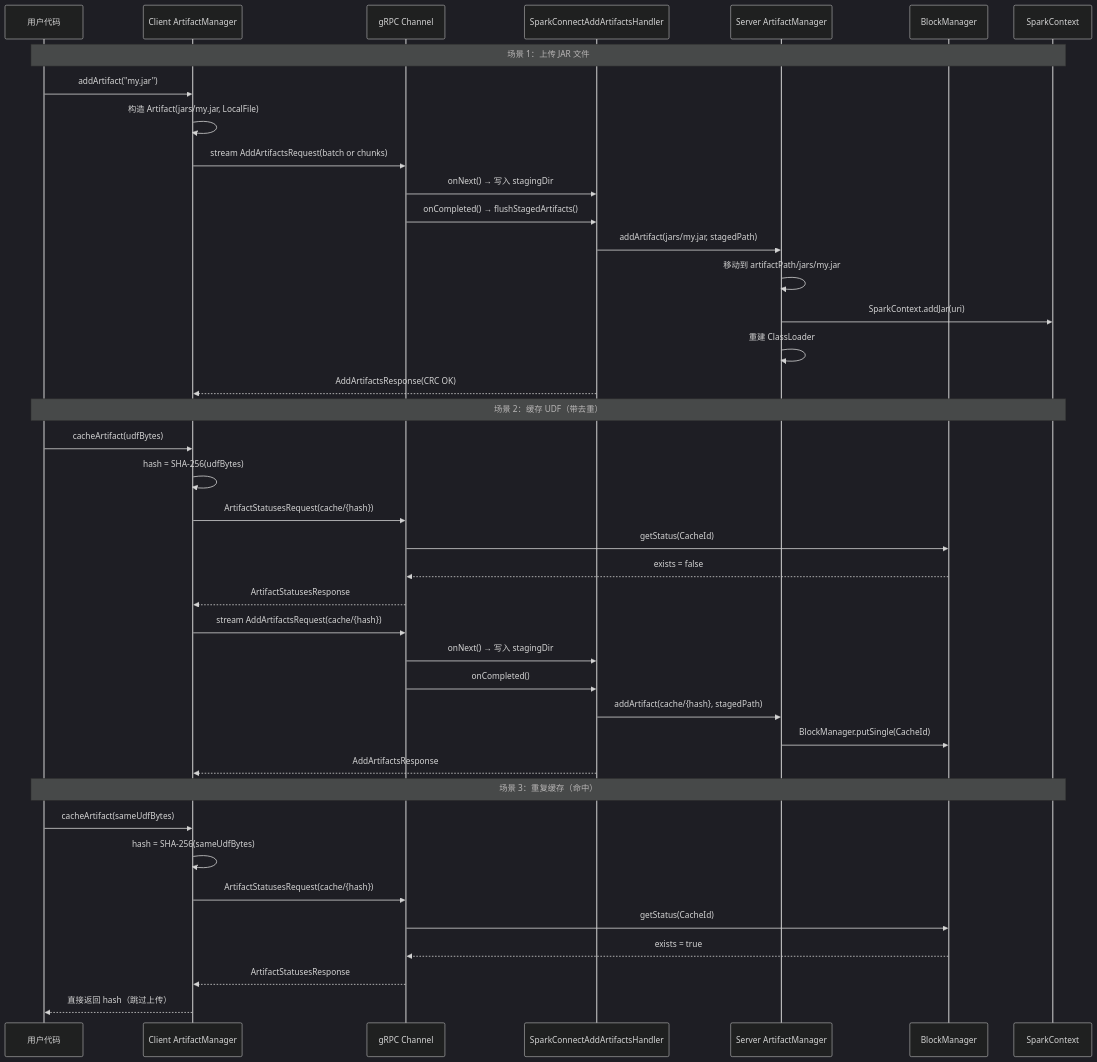
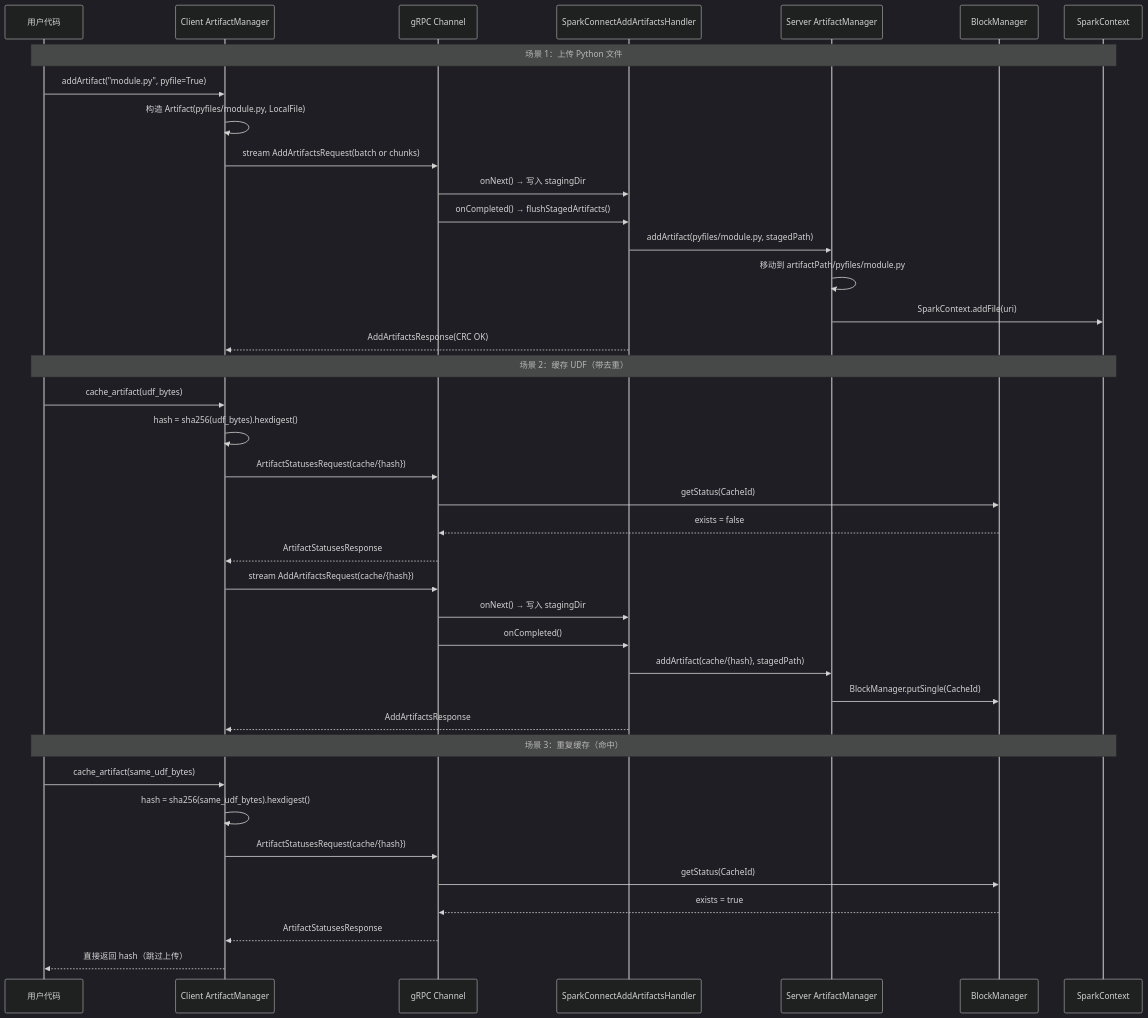
One commit to wbo4958/wbo4958.github.io changed the eighth of 8 diagrams in docs/spark/connect/artifacts/artifacts.md. Above: the diagram before and after it, drawn with Mermaid (dark theme). The commit also changed other lines of this file, not shown here.

````diff
--- a/docs/spark/connect/artifacts/artifacts.md
+++ b/docs/spark/connect/artifacts/artifacts.md
@@ -761,45 +793,44 @@
 ```mermaid
 sequenceDiagram
     participant User as 用户代码
     participant CM as Client ArtifactManager
     participant GRPC as gRPC Channel
     participant SH as SparkConnectAddArtifactsHandler
     participant SAM as Server ArtifactManager
     participant BM as BlockManager
     participant SC as SparkContext
 
-    Note over User,SC: 场景 1：上传 JAR 文件
-    User->>CM: addArtifact("my.jar")
-    CM->>CM: 构造 Artifact(jars/my.jar, LocalFile)
+    Note over User,SC: 场景 1：上传 Python 文件
+    User->>CM: addArtifact("module.py", pyfile=True)
+    CM->>CM: 构造 Artifact(pyfiles/module.py, LocalFile)
     CM->>GRPC: stream AddArtifactsRequest(batch or chunks)
     GRPC->>SH: onNext() → 写入 stagingDir
     GRPC->>SH: onCompleted() → flushStagedArtifacts()
-    SH->>SAM: addArtifact(jars/my.jar, stagedPath)
-    SAM->>SAM: 移动到 artifactPath/jars/my.jar
-    SAM->>SC: SparkContext.addJar(uri)
-    SAM->>SAM: 重建 ClassLoader
+    SH->>SAM: addArtifact(pyfiles/module.py, stagedPath)
+    SAM->>SAM: 移动到 artifactPath/pyfiles/module.py
+    SAM->>SC: SparkContext.addFile(uri)
     SH-->>CM: AddArtifactsResponse(CRC OK)
 
     Note over User,SC: 场景 2：缓存 UDF（带去重）
-    User->>CM: cacheArtifact(udfBytes)
-    CM->>CM: hash = SHA-256(udfBytes)
+    User->>CM: cache_artifact(udf_bytes)
+    CM->>CM: hash = sha256(udf_bytes).hexdigest()
     CM->>GRPC: ArtifactStatusesRequest(cache/{hash})
     GRPC->>BM: getStatus(CacheId)
     BM-->>GRPC: exists = false
     GRPC-->>CM: ArtifactStatusesResponse
     CM->>GRPC: stream AddArtifactsRequest(cache/{hash})
     GRPC->>SH: onNext() → 写入 stagingDir
     GRPC->>SH: onCompleted()
     SH->>SAM: addArtifact(cache/{hash}, stagedPath)
     SAM->>BM: BlockManager.putSingle(CacheId)
     SH-->>CM: AddArtifactsResponse
 
     Note over User,SC: 场景 3：重复缓存（命中）
-    User->>CM: cacheArtifact(sameUdfBytes)
-    CM->>CM: hash = SHA-256(sameUdfBytes)
+    User->>CM: cache_artifact(same_udf_bytes)
+    CM->>CM: hash = sha256(same_udf_bytes).hexdigest()
     CM->>GRPC: ArtifactStatusesRequest(cache/{hash})
     GRPC->>BM: getStatus(CacheId)
     BM-->>GRPC: exists = true
     GRPC-->>CM: ArtifactStatusesResponse
     CM-->>User: 直接返回 hash（跳过上传）
 ```
````
